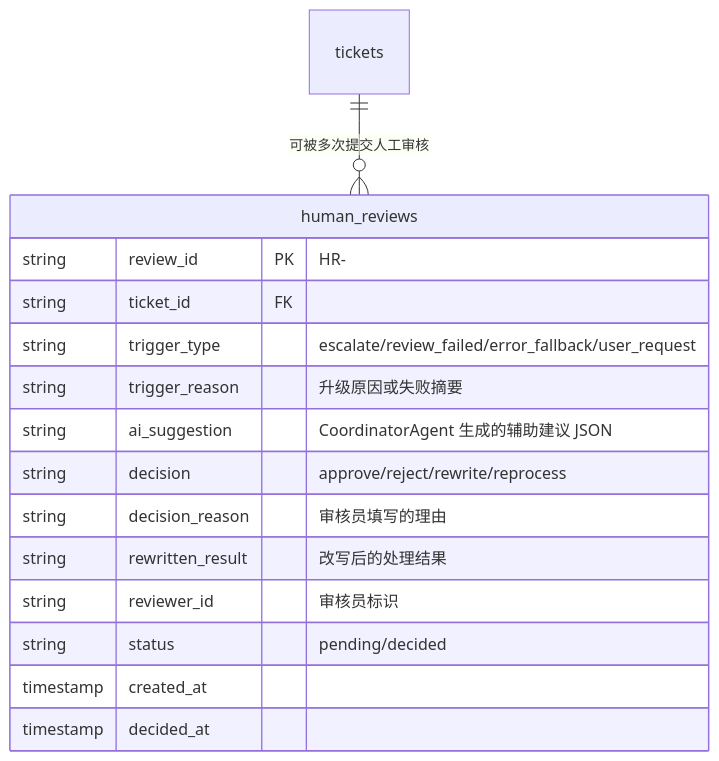
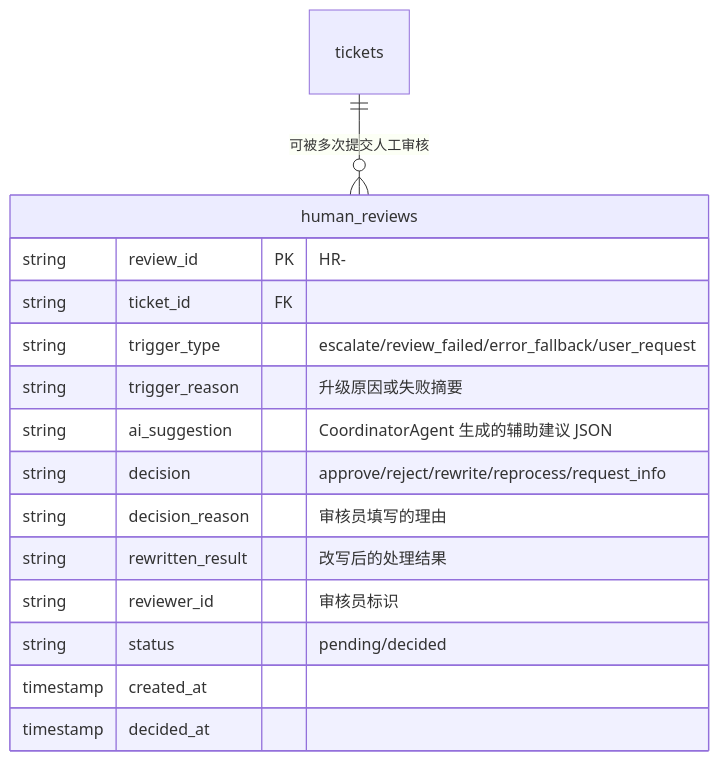
The third of 5 diagrams in docs/design-spec/01_正式设计/09_人工审核工作台设计.md (ArtLjn/AgentDesk), drawn with Mermaid before and after one commit. The commit also changed other lines of this file and 52 other files, not shown here.

````diff
--- a/docs/design-spec/01_正式设计/09_人工审核工作台设计.md
+++ b/docs/design-spec/01_正式设计/09_人工审核工作台设计.md
@@ -168,18 +191,18 @@
 ```mermaid
 erDiagram
     tickets ||--o{ human_reviews : "可被多次提交人工审核"
     human_reviews {
         string review_id PK "HR-<trace_id>"
         string ticket_id FK
         string trigger_type "escalate/review_failed/error_fallback/user_request"
         string trigger_reason "升级原因或失败摘要"
         string ai_suggestion "CoordinatorAgent 生成的辅助建议 JSON"
-        string decision "approve/reject/rewrite/reprocess"
+        string decision "approve/reject/rewrite/reprocess/request_info"
         string decision_reason "审核员填写的理由"
         string rewritten_result "改写后的处理结果"
         string reviewer_id "审核员标识"
         string status "pending/decided"
         timestamp created_at
         timestamp decided_at
     }
 ```
````
